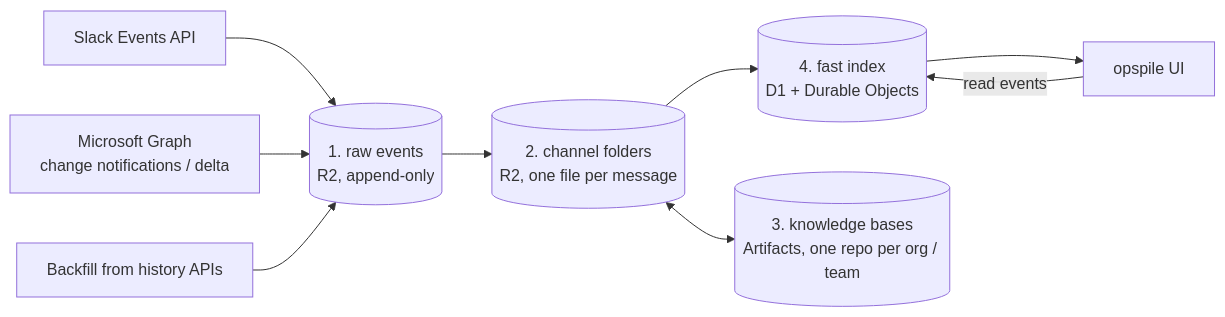
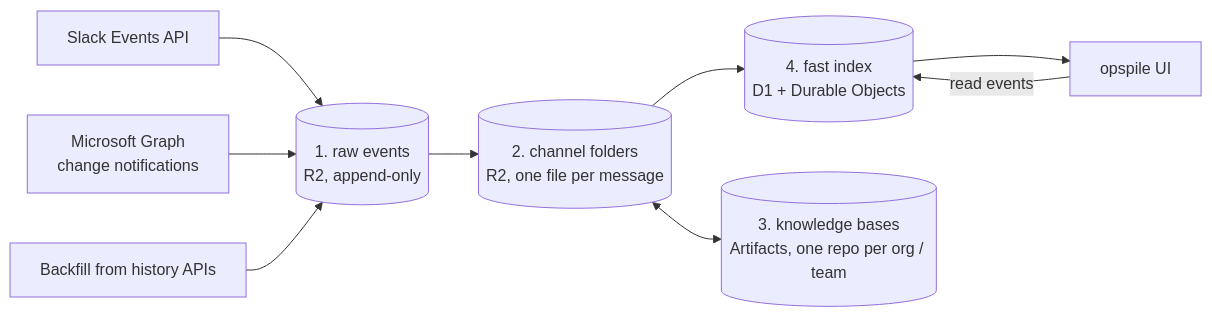
One commit to adobe/helix-opspile changed the diagram in docs/ARCHITECTURE.md. Above: the diagram before and after it, drawn with Mermaid. The commit also changed other lines of this file and 9 other files, not shown here.

````diff
--- a/docs/ARCHITECTURE.md
+++ b/docs/ARCHITECTURE.md
@@ -17,11 +17,11 @@
 ```mermaid
 flowchart LR
   S[Slack Events API] --> R
-  T[Microsoft Graph<br/>change notifications / delta] --> R
+  T[Microsoft Graph<br/>change notifications] --> R
   B[Backfill from history APIs] --> R
   R[(1. raw events<br/>R2, append-only)] --> C
   C[(2. channel folders<br/>R2, one file per message)] --> I
   C <--> K[(3. knowledge bases<br/>Artifacts, one repo per org / team)]
   I[(4. fast index<br/>D1 + Durable Objects)] --> UI[opspile UI]
   UI -- read events --> I
 ```
````
